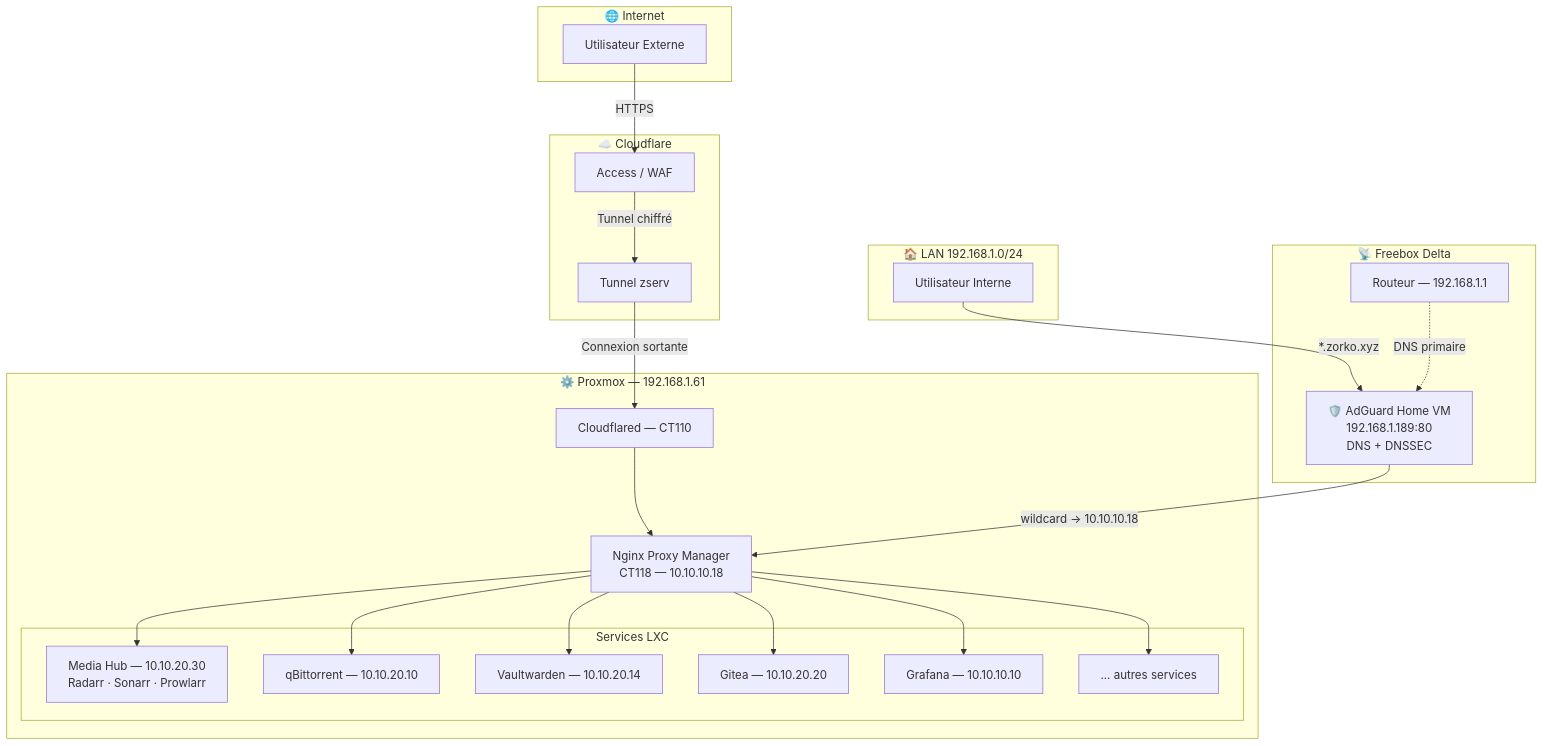
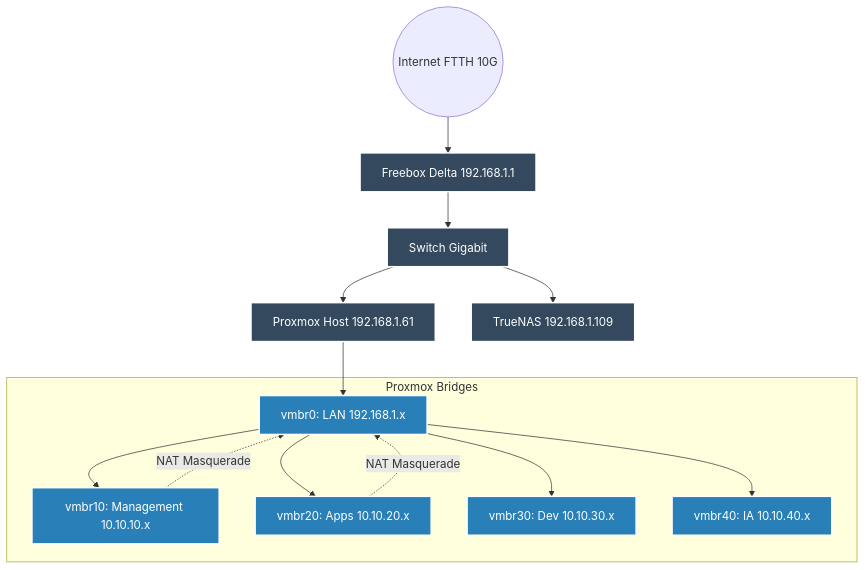
Before and after one commit to Kyworn/ZorkoLab: the diagram in architecture/network.md, drawn with Mermaid. The commit also changed other lines of this file and 9 other files, not shown here.

Commit message:
docs: complete overhaul of hardware docs and diagrams for enterprise-grade readability

````diff
--- a/architecture/network.md
+++ b/architecture/network.md
@@ -7,50 +9,29 @@
 ```mermaid
 graph TD
-    subgraph INTERNET["🌐 Internet"]
-        U_EXT[Utilisateur Externe]
+    classDef hardware fill:#34495e,stroke:#fff,stroke-width:2px,color:#fff
+    classDef vlan fill:#2980b9,stroke:#fff,stroke-width:2px,color:#fff
+
+    WAN((Internet FTTH 10G)) --> BOX[Freebox Delta 192.168.1.1]:::hardware
+    BOX --> SW[Switch Gigabit]:::hardware
+    
+    SW --> PVE[Proxmox Host 192.168.1.61]:::hardware
+    SW --> NAS[TrueNAS 192.168.1.109]:::hardware
+    
+    subgraph Proxmox Bridges
+        VMBR0[vmbr0: LAN 192.168.1.x]:::vlan
+        VMBR10[vmbr10: Management 10.10.10.x]:::vlan
+        VMBR20[vmbr20: Apps 10.10.20.x]:::vlan
+        VMBR30[vmbr30: Dev 10.10.30.x]:::vlan
+        VMBR40[vmbr40: IA 10.10.40.x]:::vlan
     end
 
-    subgraph LAN["🏠 LAN 192.168.1.0/24"]
-        U_INT[Utilisateur Interne]
-    end
-
-    subgraph CF["☁️ Cloudflare"]
-        CF_ACCESS[Access / WAF]
-        CF_TUNNEL[Tunnel zserv]
-    end
-
-    subgraph FBX["📡 Freebox Delta"]
-        ROUTER[Routeur — 192.168.1.1]
-        AG_VM[🛡️ AdGuard Home VM<br/>192.168.1.189:80<br/>DNS + DNSSEC]
-    end
-
-    subgraph PVE["⚙️ Proxmox — 192.168.1.61"]
-        CT110[Cloudflared — CT110]
-        CT118[Nginx Proxy Manager<br/>CT118 — 10.10.10.18]
-
-        subgraph SERVICES["Services LXC"]
-            CT130[Media Hub — 10.10.20.30<br/>Radarr · Sonarr · Prowlarr]
-            CT104[qBittorrent — 10.10.20.10]
-            CT114[Vaultwarden — 10.10.20.14]
-            CT120[Gitea — 10.10.20.20]
-            CT115[Grafana — 10.10.10.10]
-            CT_AUTRES[... autres services]
-        end
-    end
-
-    %% Flux externe via Cloudflare
-    U_EXT -->|HTTPS| CF_ACCESS
-    CF_ACCESS -->|Tunnel chiffré| CF_TUNNEL
-    CF_TUNNEL -->|Connexion sortante| CT110
-    CT110 --> CT118
-
-    %% Flux interne via NPM
-    U_INT -->|"*.zorko.xyz"| AG_VM
-    AG_VM -->|"wildcard → 10.10.10.18"| CT118
-
-    %% Routage NPM
-    CT118 --> CT130 & CT104 & CT114 & CT120 & CT115 & CT_AUTRES
-
-    %% DNS Freebox → AdGuard
-    ROUTER -.DNS primaire.-> AG_VM
+    PVE --> VMBR0
+    VMBR0 --> VMBR10
+    VMBR0 --> VMBR20
+    VMBR0 --> VMBR30
+    VMBR0 --> VMBR40
+    
+    %% NAT / Routing
+    VMBR10 -.->|NAT Masquerade| VMBR0
+    VMBR20 -.->|NAT Masquerade| VMBR0
 ```
````
